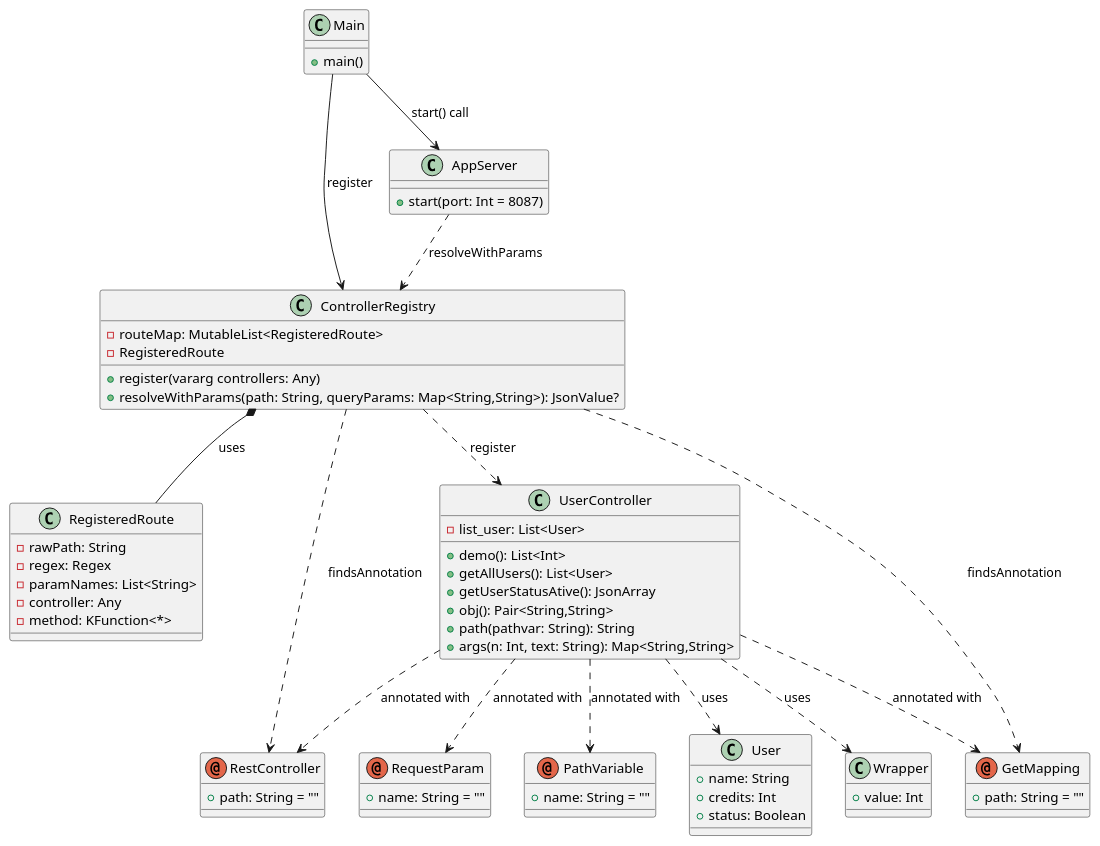
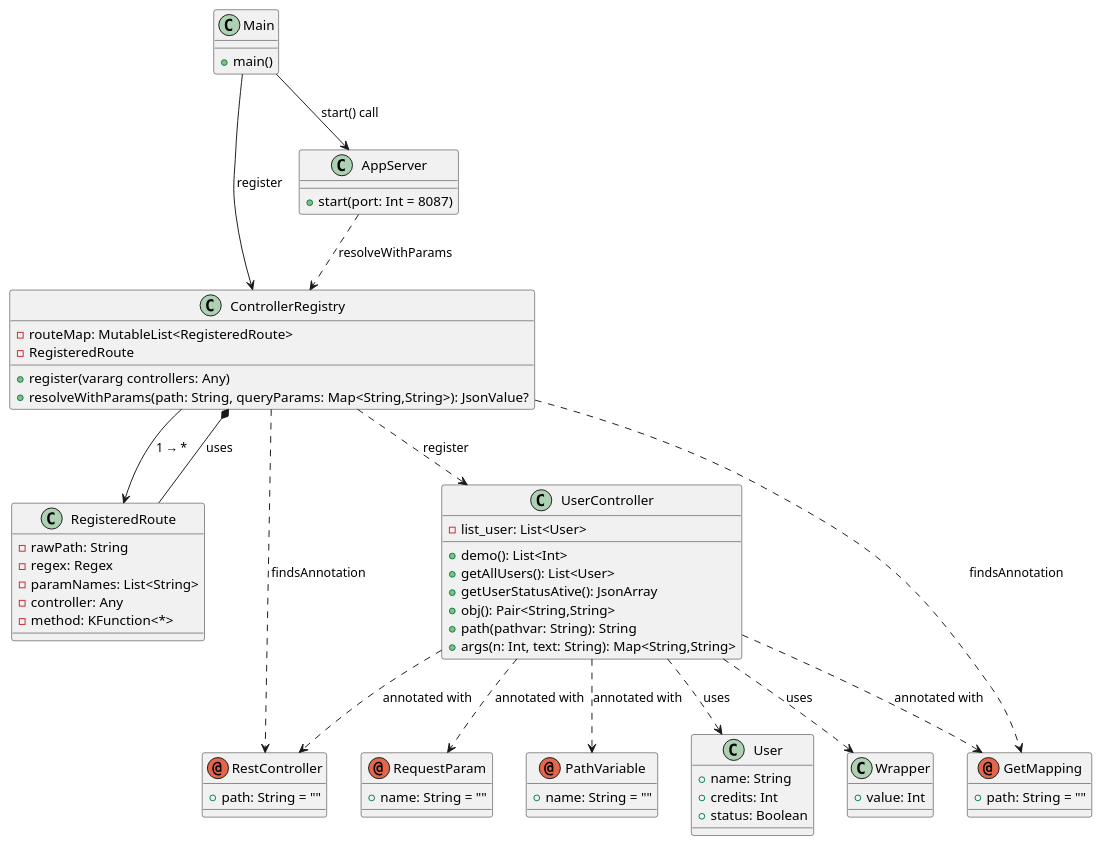
One commit to JNSD123/fromJson changed the diagram in diagram_http_get.puml. Above: the diagram before and after it, drawn with PlantUML. The commit also changed 41 other files, not shown here.

Commit message:
Merge remote-tracking branch 'origin/master' atualização do controllerRegistry para permitir a expressão regular quando se passa uma rota com parametros e outra sem parametro para não haver conflitos

```diff
--- a/diagram_http_get.puml
+++ b/diagram_http_get.puml
@@ -1,88 +1,89 @@
 @startuml
 
 ' Pacote Framework.Core
 
 class ControllerRegistry {
     - routeMap: MutableList<RegisteredRoute>
     - RegisteredRoute
     + register(vararg controllers: Any)
     + resolveWithParams(path: String, queryParams: Map<String,String>): JsonValue?
 }
 
 class RegisteredRoute {
     - rawPath: String
     - regex: Regex
     - paramNames: List<String>
     - controller: Any
     - method: KFunction<*>
 }
 
 ControllerRegistry *-- RegisteredRoute : uses
 
 ' Pacote Server
 class AppServer {
     + start(port: Int = 8087)
 }
 
 ' Pacote Controllers
 
 class UserController {
     - list_user: List<User>
     + demo(): List<Int>
     + getAllUsers(): List<User>
     + getUserStatusAtive(): JsonArray
     + obj(): Pair<String,String>
     + path(pathvar: String): String
     + args(n: Int, text: String): Map<String,String>
 }
 
 class User {
     + name: String
     + credits: Int
     + status: Boolean
 }
 
 class Wrapper {
     + value: Int
 }
 
 class Main{
  + main()
 }
 
 
 ' Annotations
 
 annotation RestController {
     + path: String = ""
 }
 annotation GetMapping {
     + path: String = ""
 }
 annotation RequestParam {
     + name: String = ""
 }
 annotation PathVariable {
     + name: String = ""
 }
 
 
 ' Relações entre ControllerRegistry e UserController
 ControllerRegistry ..> UserController : register
-UserController ..> User : uses
-UserController ..> Wrapper : uses
+UserController ..>  User : uses
+UserController ..>  Wrapper : uses
 
 ' Relações entre ControllerRegistry e annotations
 ControllerRegistry ..> RestController : findsAnnotation
 ControllerRegistry ..> GetMapping : findsAnnotation
+ControllerRegistry --> RegisteredRoute : 1 → *
 UserController ..> RestController : annotated with
 UserController ..> GetMapping : annotated with
 UserController ..> RequestParam : annotated with
 UserController ..> PathVariable : annotated with
 
 Main --> ControllerRegistry : register
 Main --> AppServer : start() call
 
 AppServer ..> ControllerRegistry : resolveWithParams
 
 @enduml
```
